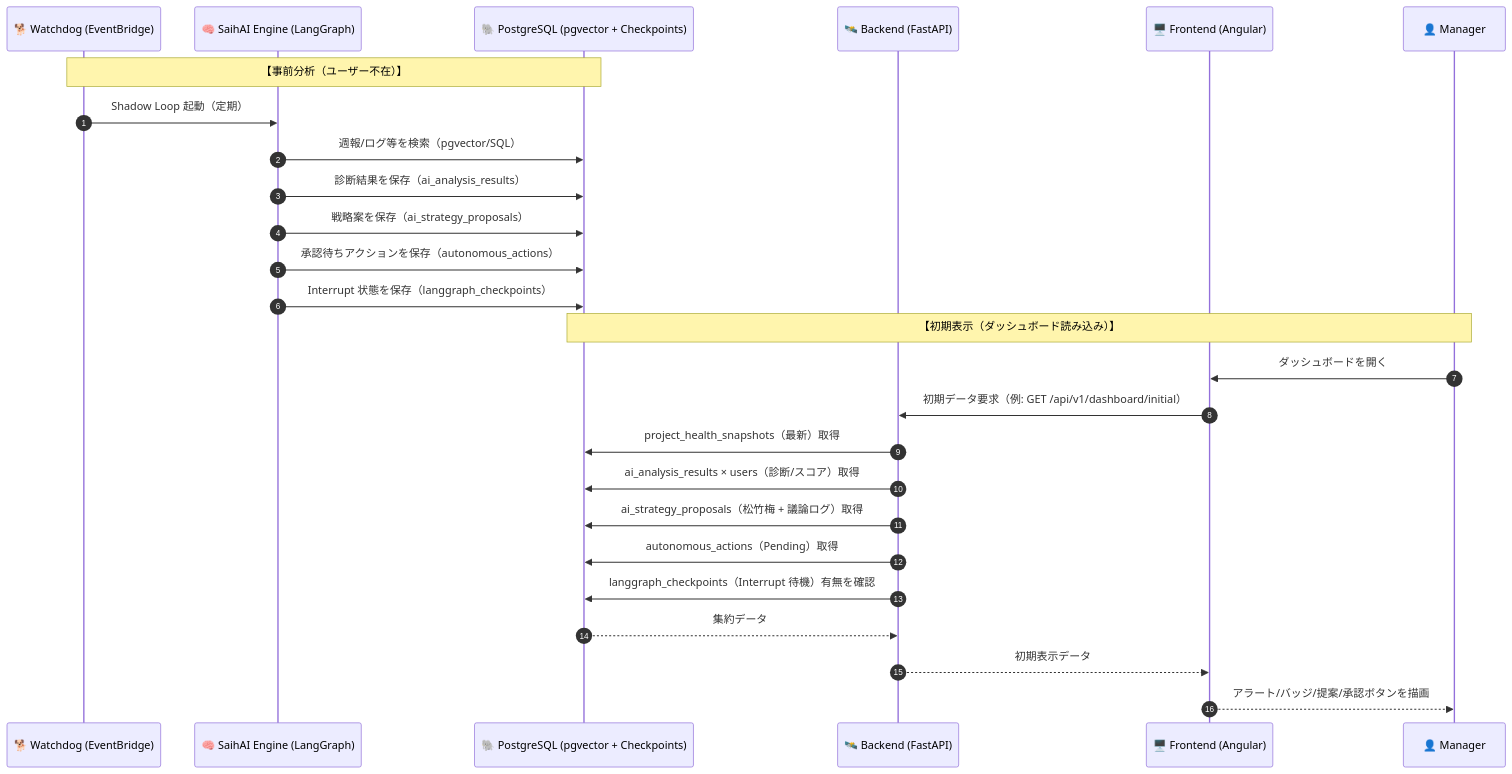
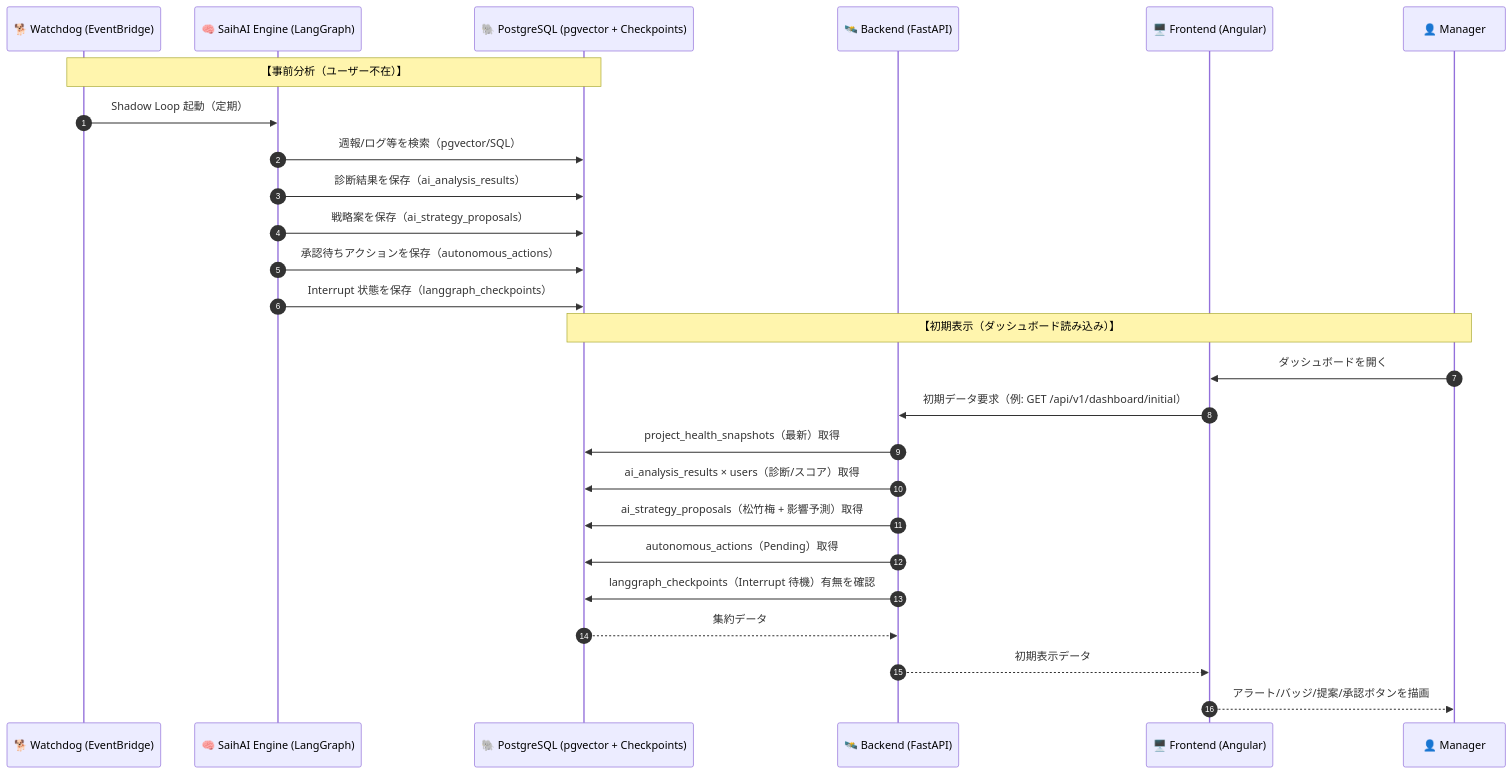
The first of 2 diagrams in requirement/initial-display.md (ist-h-i/SaihAI), drawn with Mermaid before and after one commit. The commit also changed other lines of this file and 30 other files, not shown here.

````diff
--- a/requirement/initial-display.md
+++ b/requirement/initial-display.md
@@ -14,30 +14,30 @@
 ```mermaid
 sequenceDiagram
   autonumber
   participant Watchdog as 🐕 Watchdog (EventBridge)
   participant Engine as 🧠 SaihAI Engine (LangGraph)
   participant DB as 🐘 PostgreSQL (pgvector + Checkpoints)
   participant Backend as 🛰️ Backend (FastAPI)
   participant Frontend as 🖥️ Frontend (Angular)
   participant Manager as 👤 Manager
 
   Note over Watchdog,DB: 【事前分析（ユーザー不在）】
   Watchdog->>Engine: Shadow Loop 起動（定期）
   Engine->>DB: 週報/ログ等を検索（pgvector/SQL）
   Engine->>DB: 診断結果を保存（ai_analysis_results）
   Engine->>DB: 戦略案を保存（ai_strategy_proposals）
   Engine->>DB: 承認待ちアクションを保存（autonomous_actions）
   Engine->>DB: Interrupt 状態を保存（langgraph_checkpoints）
 
   Note over Manager,DB: 【初期表示（ダッシュボード読み込み）】
   Manager->>Frontend: ダッシュボードを開く
   Frontend->>Backend: 初期データ要求（例: GET /api/v1/dashboard/initial）
   Backend->>DB: project_health_snapshots（最新）取得
   Backend->>DB: ai_analysis_results × users（診断/スコア）取得
-  Backend->>DB: ai_strategy_proposals（松竹梅 + 議論ログ）取得
+  Backend->>DB: ai_strategy_proposals（松竹梅 + 影響予測）取得
   Backend->>DB: autonomous_actions（Pending）取得
   Backend->>DB: langgraph_checkpoints（Interrupt 待機）有無を確認
   DB-->>Backend: 集約データ
   Backend-->>Frontend: 初期表示データ
   Frontend-->>Manager: アラート/バッジ/提案/承認ボタンを描画
 ```
````
